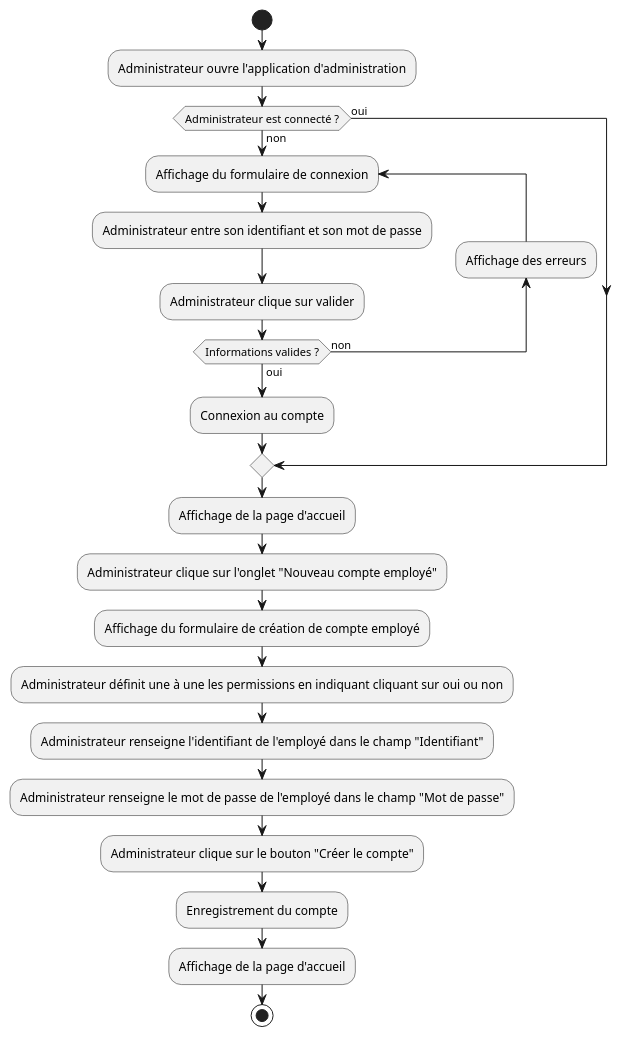
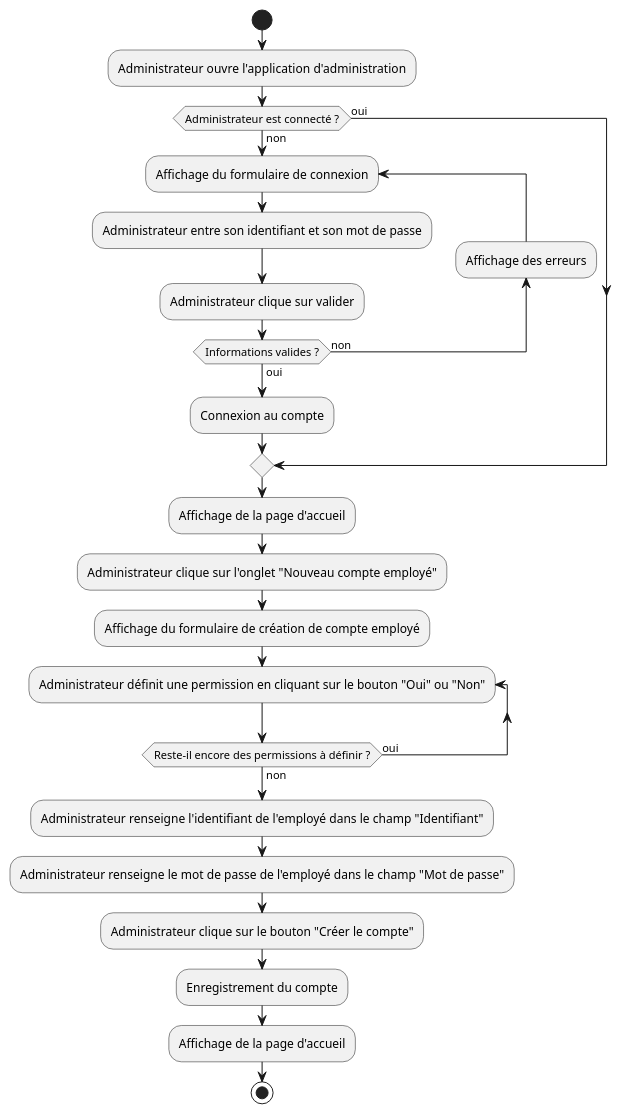
The diagram in diagrams/admin_create_worker_account.puml (Gumpah/project_6), drawn with PlantUML before and after one commit. The commit also changed 8 other files, not shown here.

Commit message:
Updating diagrams

```diff
--- a/diagrams/admin_create_worker_account.puml
+++ b/diagrams/admin_create_worker_account.puml
@@ -1,27 +1,28 @@
 @startuml
 'https://plantuml.com/activity-diagram-beta
 
 start
 :Administrateur ouvre l'application d'administration;
 if (Administrateur est connecté ?) then (oui)
 else (non)
 repeat :Affichage du formulaire de connexion;
 :Administrateur entre son identifiant et son mot de passe;
 :Administrateur clique sur valider;
 backward:Affichage des erreurs;
 repeat while (Informations valides ?) is (non) not (oui)
 :Connexion au compte;
 endif
 :Affichage de la page d'accueil;
 :Administrateur clique sur l'onglet "Nouveau compte employé";
 :Affichage du formulaire de création de compte employé;
-:Administrateur définit une à une les permissions en indiquant cliquant sur oui ou non;
+repeat :Administrateur définit une permission en cliquant sur le bouton "Oui" ou "Non";
+repeat while (Reste-il encore des permissions à définir ?) is (oui) not (non)
 :Administrateur renseigne l'identifiant de l'employé dans le champ "Identifiant";
 :Administrateur renseigne le mot de passe de l'employé dans le champ "Mot de passe";
 :Administrateur clique sur le bouton "Créer le compte";
 :Enregistrement du compte;
 :Affichage de la page d'accueil;
 
 stop
 
 @enduml
```
